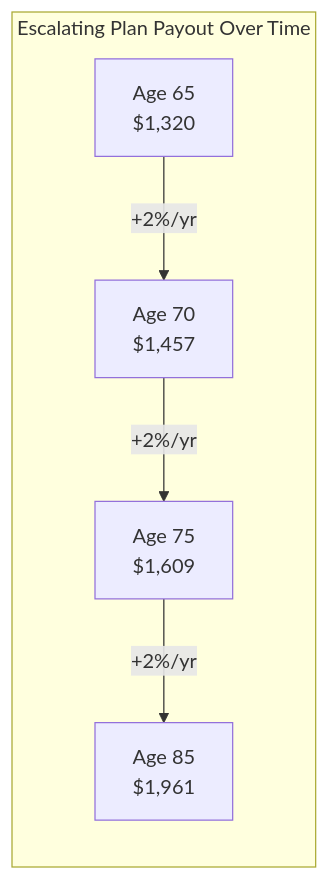
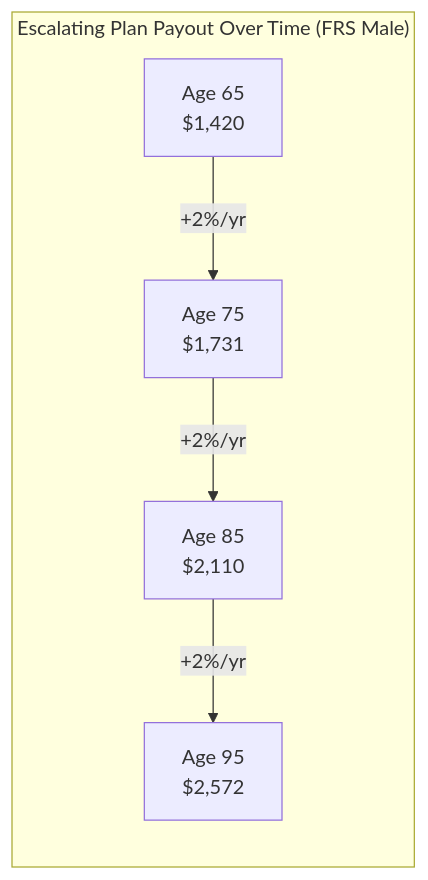
Before and after one commit to jcleow/wealthproject: diagram 11 of 14 in specs/cpf-backend-integration.md, drawn with Mermaid. The commit also changed other lines of this file, not shown here.

First line of the commit message:
fix(spec): correct CPF LIFE payout and bequest calculations

````diff
--- a/specs/cpf-backend-integration.md
+++ b/specs/cpf-backend-integration.md
@@ -703,10 +744,10 @@
 ```mermaid
 flowchart LR
-    subgraph EscalatingGrowth["Escalating Plan Payout Over Time"]
-        Y1["Age 65<br/>$1,320"]
-        Y5["Age 70<br/>$1,457"]
-        Y10["Age 75<br/>$1,609"]
-        Y20["Age 85<br/>$1,961"]
+    subgraph EscalatingGrowth["Escalating Plan Payout Over Time (FRS Male)"]
+        Y1["Age 65<br/>$1,420"]
+        Y5["Age 75<br/>$1,731"]
+        Y10["Age 85<br/>$2,110"]
+        Y20["Age 95<br/>$2,572"]
     end
     Y1 -->|"+2%/yr"| Y5 -->|"+2%/yr"| Y10 -->|"+2%/yr"| Y20
 ```
````
